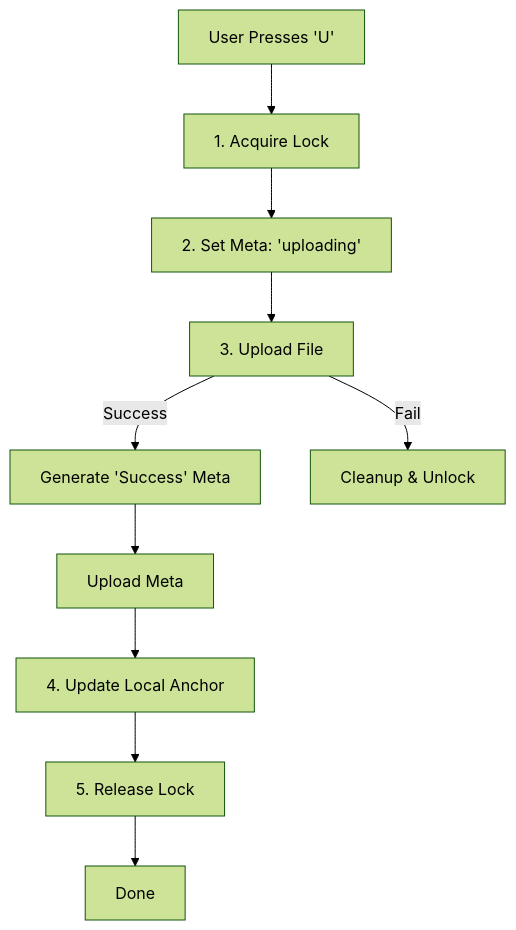
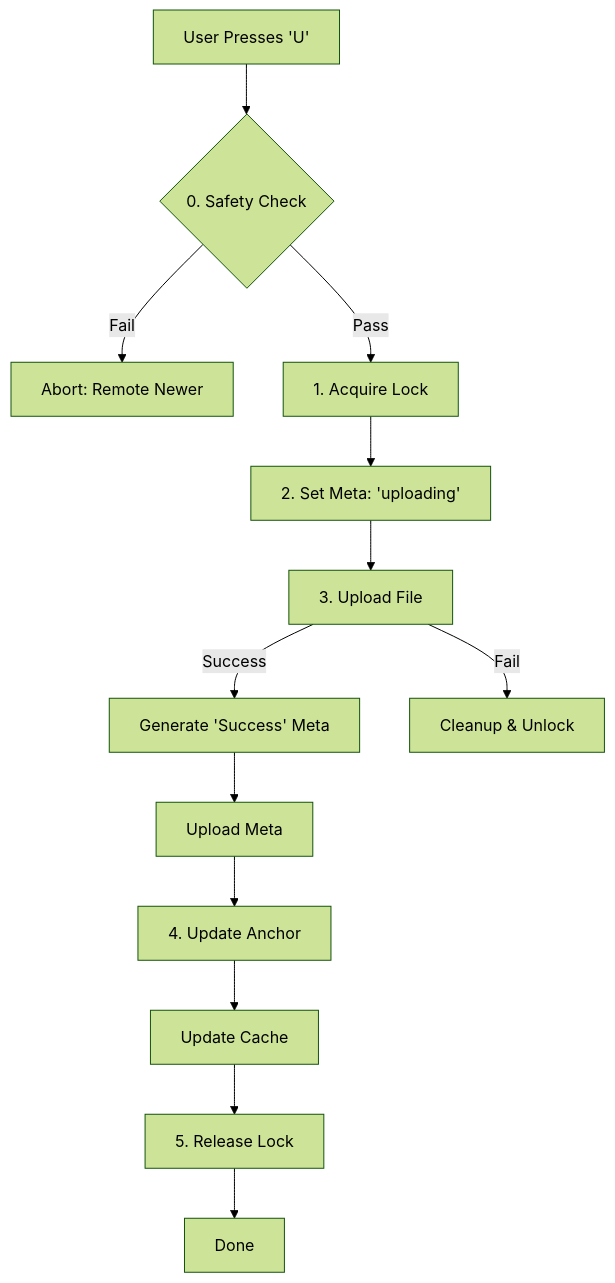
One commit to HexmosTech/FreeDevTools changed the diagram in b2-manager/docs/workflow/upload.md. Above: the diagram before and after it, drawn with Mermaid (forest theme). The commit also changed other lines of this file and 8 other files, not shown here.

````diff
--- a/b2-manager/docs/workflow/upload.md
+++ b/b2-manager/docs/workflow/upload.md
@@ -41,14 +51,18 @@
 ```mermaid
 graph TD
-    Start[User Presses 'U'] --> Lock[1. Acquire Lock]
+    Start[User Presses 'U'] --> SafetyCheck{0. Safety Check}
+    SafetyCheck -- Fail --> Abort[Abort: Remote Newer]
+    SafetyCheck -- Pass --> Lock[1. Acquire Lock]
+
     Lock --> SetMeta[2. Set Meta: 'uploading']
     SetMeta --> Upload[3. Upload File]
 
     Upload -- Success --> GenMeta[Generate 'Success' Meta]
     GenMeta --> UpMeta[Upload Meta]
-    UpMeta --> Anchor[4. Update Local Anchor]
-    Anchor --> Unlock[5. Release Lock]
+    UpMeta --> Anchor[4. Update Anchor]
+    Anchor --> Cache[Update Cache]
+    Cache --> Unlock[5. Release Lock]
     Unlock --> Done[Done]
 
     Upload -- Fail --> Cleanup[Cleanup & Unlock]
 ```
````
